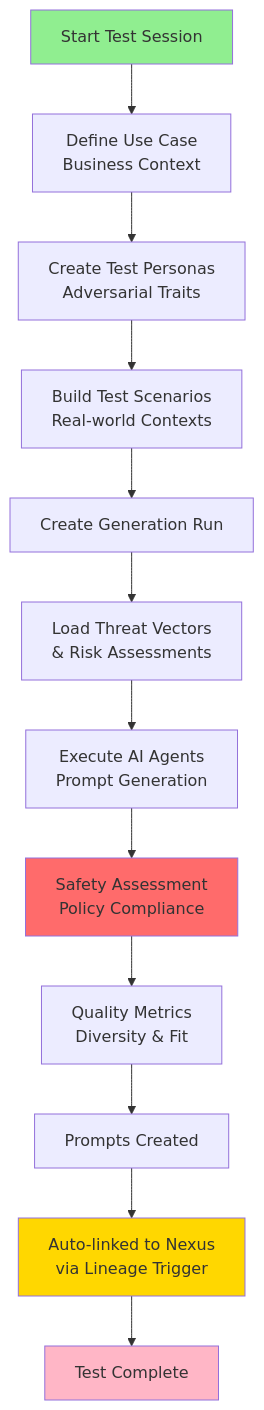
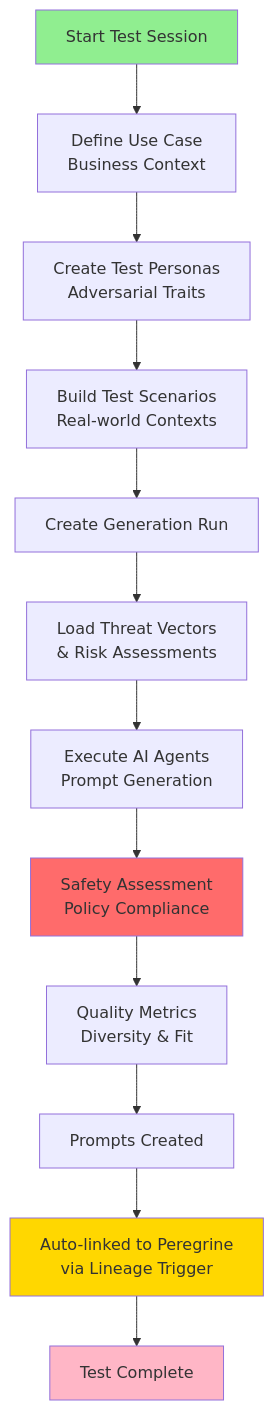
The third of 4 diagrams in docs/archive/AI-Range & Nexus Unified Platform .md (Optica-Labs/database_design), drawn with Mermaid before and after one commit. The commit also changed other lines of this file and 109 other files, not shown here.

````diff
--- a/docs/archive/AI-Range & Nexus Unified Platform .md
+++ b/docs/archive/AI-Range & Nexus Unified Platform .md
@@ -313,38 +313,38 @@
 ```mermaid
 flowchart TD
     TestStart["Start Test Session"]
     
     UseCase["Define Use Case<br/>Business Context"]
     Personas["Create Test Personas<br/>Adversarial Traits"]
     Scenarios["Build Test Scenarios<br/>Real-world Contexts"]
     
     GenRun["Create Generation Run"]
     Threats["Load Threat Vectors<br/>& Risk Assessments"]
     
     AgentExec["Execute AI Agents<br/>Prompt Generation"]
     
     Safety["Safety Assessment<br/>Policy Compliance"]
     Quality["Quality Metrics<br/>Diversity & Fit"]
     
     PromptCreate["Prompts Created"]
-    NexusLink["Auto-linked to Nexus<br/>via Lineage Trigger"]
+    PeregrineLink["Auto-linked to Peregrine<br/>via Lineage Trigger"]
     
     Complete["Test Complete"]
     
     TestStart --> UseCase
     UseCase --> Personas
     Personas --> Scenarios
     Scenarios --> GenRun
     GenRun --> Threats
     Threats --> AgentExec
     AgentExec --> Safety
     Safety --> Quality
     Quality --> PromptCreate
-    PromptCreate --> NexusLink
-    NexusLink --> Complete
+    PromptCreate --> PeregrineLink
+    PeregrineLink --> Complete
     
     style TestStart fill:#90EE90
     style Complete fill:#FFB6C6
-    style NexusLink fill:#FFD700
+    style PeregrineLink fill:#FFD700
     style Safety fill:#FF6B6B
 ```
````
